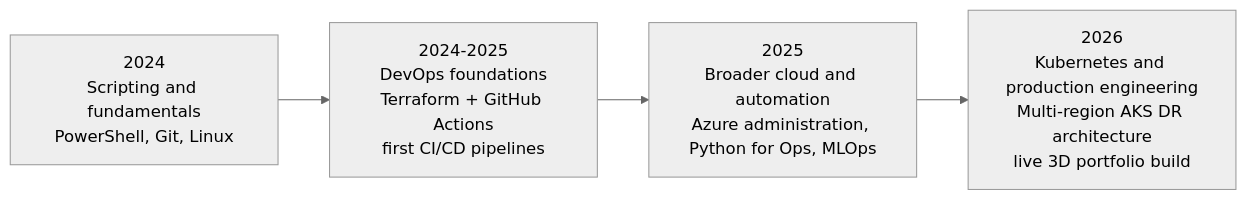
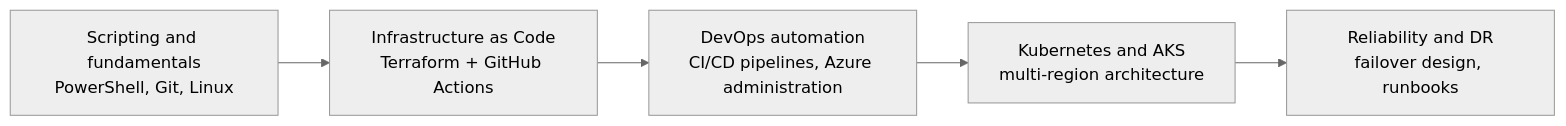
One commit to kala-techies/kala-techies changed the first of 2 diagrams in README.md. Above: the diagram before and after it, drawn with Mermaid (neutral theme). The commit also changed other lines of this file, not shown here.

First line of the commit message:
Restructure profile to lead with flagship AKS work, add fork disclosure

````diff
--- a/README.md
+++ b/README.md
@@ -33,6 +40,7 @@
 ```mermaid
 graph LR
-    A["2024<br/>Scripting and fundamentals<br/>PowerShell, Git, Linux"] --> B["2024-2025<br/>DevOps foundations<br/>Terraform + GitHub Actions<br/>first CI/CD pipelines"]
-    B --> C["2025<br/>Broader cloud and automation<br/>Azure administration, Python for Ops, MLOps"]
-    C --> D["2026<br/>Kubernetes and production engineering<br/>Multi-region AKS DR architecture<br/>live 3D portfolio build"]
+    A["Scripting and fundamentals<br/>PowerShell, Git, Linux"] --> B["Infrastructure as Code<br/>Terraform + GitHub Actions"]
+    B --> C["DevOps automation<br/>CI/CD pipelines, Azure administration"]
+    C --> D["Kubernetes and AKS<br/>multi-region architecture"]
+    D --> E["Reliability and DR<br/>failover design, runbooks"]
 ```
````
